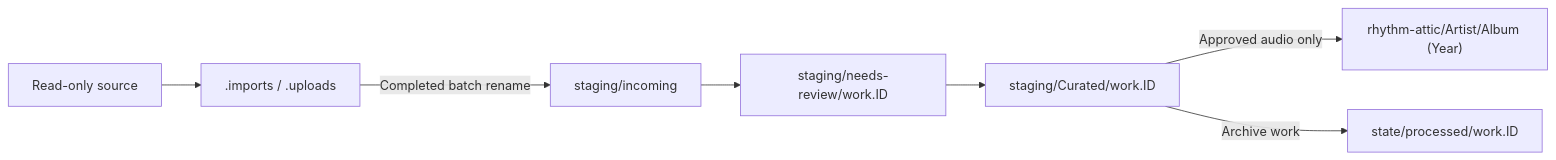
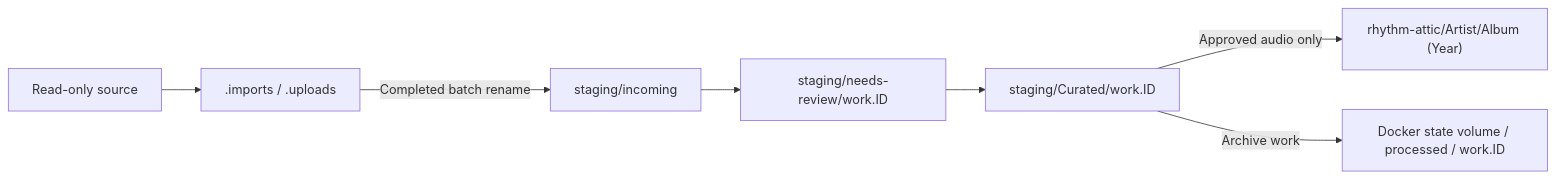
The fifth of 5 diagrams in docs/architecture.md (rajatsnvsingh/RhythmDesk), drawn with Mermaid before and after one commit. The commit also changed other lines of this file and 13 other files, not shown here.

````diff
--- a/docs/architecture.md
+++ b/docs/architecture.md
@@ -127,9 +127,9 @@
 ```mermaid
 flowchart LR
     Source["Read-only source"] --> Temp[".imports / .uploads"]
     Temp -->|"Completed batch rename"| Incoming["staging/incoming"]
     Incoming --> Work["staging/needs-review/work.ID"]
     Work --> Curated["staging/Curated/work.ID"]
     Curated -->|"Approved audio only"| Library["rhythm-attic/Artist/Album (Year)"]
-    Curated -->|"Archive work"| Archive["state/processed/work.ID"]
+    Curated -->|"Archive work"| Archive["Docker state volume / processed / work.ID"]
 ```
````
